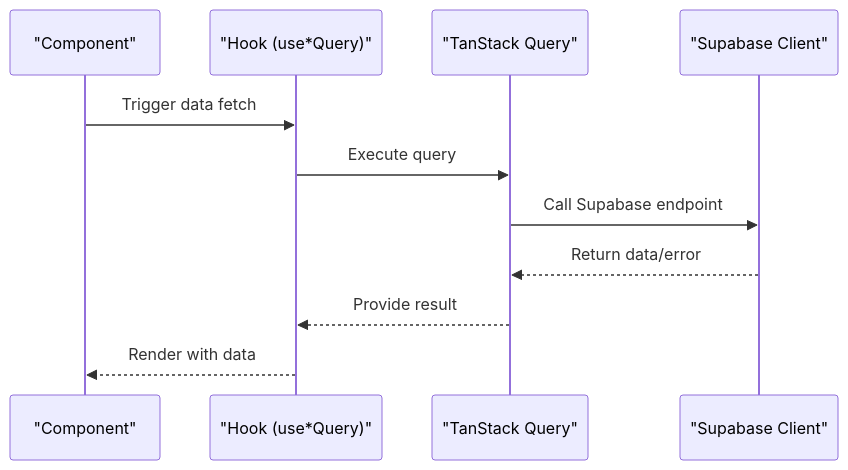
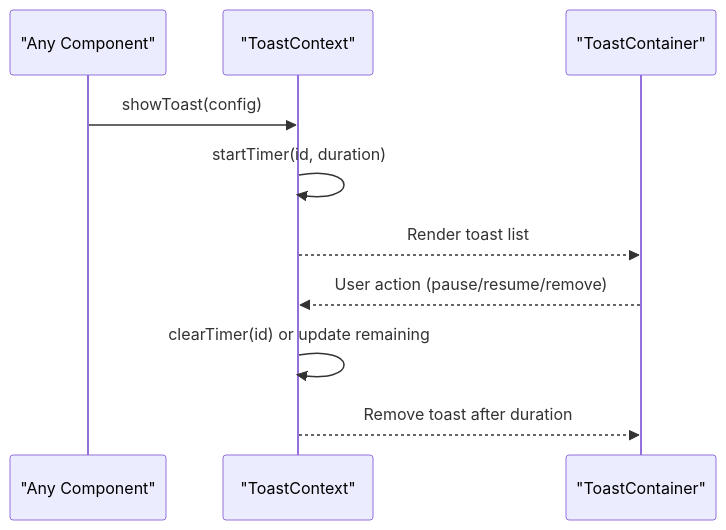
Before and after one commit to Meaetin/alibaba-hackathon: the eighth of 9 diagrams in .qoder/repowiki/en/content/Architecture Overview/Architecture Overview.md, drawn with Mermaid. The commit also changed other lines of this file and 241 other files, not shown here.

````diff
--- a/.qoder/repowiki/en/content/Architecture Overview/Architecture Overview.md
+++ b/.qoder/repowiki/en/content/Architecture Overview/Architecture Overview.md
@@ -191,13 +249,12 @@
 ```mermaid
 sequenceDiagram
-participant C as "Component"
-participant H as "Hook (use*Query)"
-participant Q as "TanStack Query"
-participant SC as "Supabase Client"
-C->>H : Trigger data fetch
-H->>Q : Execute query
-Q->>SC : Call Supabase endpoint
-SC-->>Q : Return data/error
-Q-->>H : Provide result
-H-->>C : Render with data
+participant Component as "Any Component"
+participant ToastCtx as "ToastContext"
+participant UI as "ToastContainer"
+Component->>ToastCtx : showToast(config)
+ToastCtx->>ToastCtx : startTimer(id, duration)
+ToastCtx-->>UI : Render toast list
+UI-->>ToastCtx : User action (pause/resume/remove)
+ToastCtx->>ToastCtx : clearTimer(id) or update remaining
+ToastCtx-->>UI : Remove toast after duration
 ```
````
